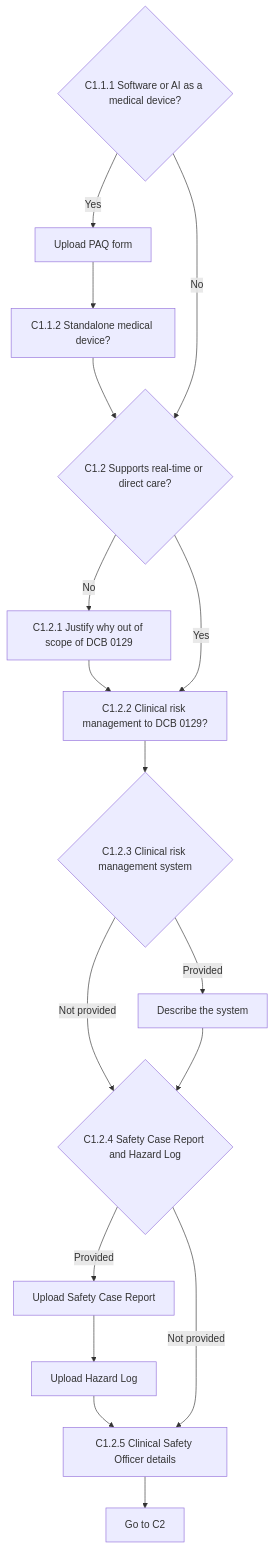
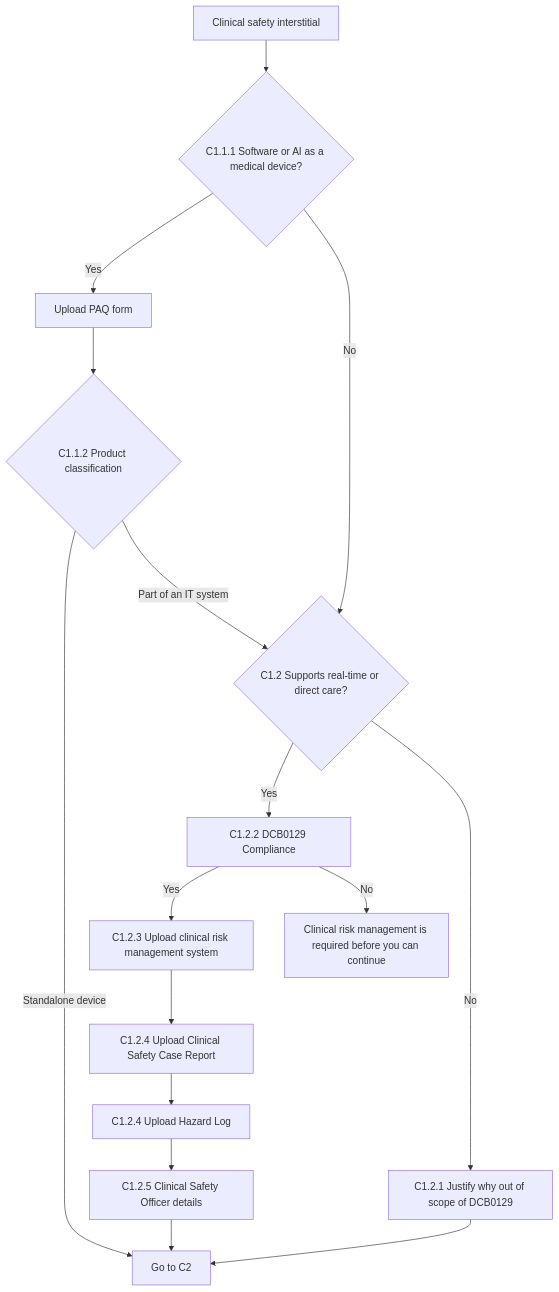
Before and after one commit to ataylanez/HealthStore-beta-Ezgi: the seventh of 13 diagrams in docs/SUPPLIER_PORTAL_FLOWS.md, drawn with Mermaid. The commit also changed other lines of this file and 76 other files, not shown here.

First line of the commit message:
Let product onboarding accept several files or a can't-provide answer, and show products that are visible but not available to commission.

````diff
--- a/docs/SUPPLIER_PORTAL_FLOWS.md
+++ b/docs/SUPPLIER_PORTAL_FLOWS.md
@@ -130,20 +181,18 @@
 ```mermaid
 flowchart TD
-  C111{"C1.1.1 Software or AI as a medical device?"}
+  intro["Clinical safety interstitial"] --> C111{"C1.1.1 Software or AI as a medical device?"}
   C111 -->|Yes| PAQ["Upload PAQ form"]
-  PAQ --> C112["C1.1.2 Standalone medical device?"]
-  C112 --> C12
-  C111 -->|No| C12{"C1.2 Supports real-time or direct care?"}
-  C12 -->|No| C121["C1.2.1 Justify why out of scope of DCB 0129"]
-  C121 --> C122
-  C12 -->|Yes| C122["C1.2.2 Clinical risk management to DCB 0129?"]
-  C122 --> C123{"C1.2.3 Clinical risk management system"}
-  C123 -->|Provided| C123d["Describe the system"]
-  C123 -->|Not provided| C124
-  C123d --> C124{"C1.2.4 Safety Case Report and Hazard Log"}
-  C124 -->|Provided| C124a["Upload Safety Case Report"]
-  C124a --> C124b["Upload Hazard Log"]
-  C124b --> C125
-  C124 -->|Not provided| C125["C1.2.5 Clinical Safety Officer details"]
+  PAQ --> C112{"C1.1.2 Product classification"}
+  C112 -->|Standalone device| toC2
+  C112 -->|Part of an IT system| C12{"C1.2 Supports real-time or direct care?"}
+  C111 -->|No| C12
+  C12 -->|Yes| C122["C1.2.2 DCB0129 Compliance"]
+  C12 -->|No| C121["C1.2.1 Justify why out of scope of DCB0129"]
+  C121 --> toC2
+  C122 -->|Yes| C123["C1.2.3 Upload clinical risk management system"]
+  C122 -->|No| C122stop["Clinical risk management is required before you can continue"]
+  C123 --> C124["C1.2.4 Upload Clinical Safety Case Report"]
+  C124 --> C124h["C1.2.4 Upload Hazard Log"]
+  C124h --> C125["C1.2.5 Clinical Safety Officer details"]
   C125 --> toC2[Go to C2]
 ```
````
